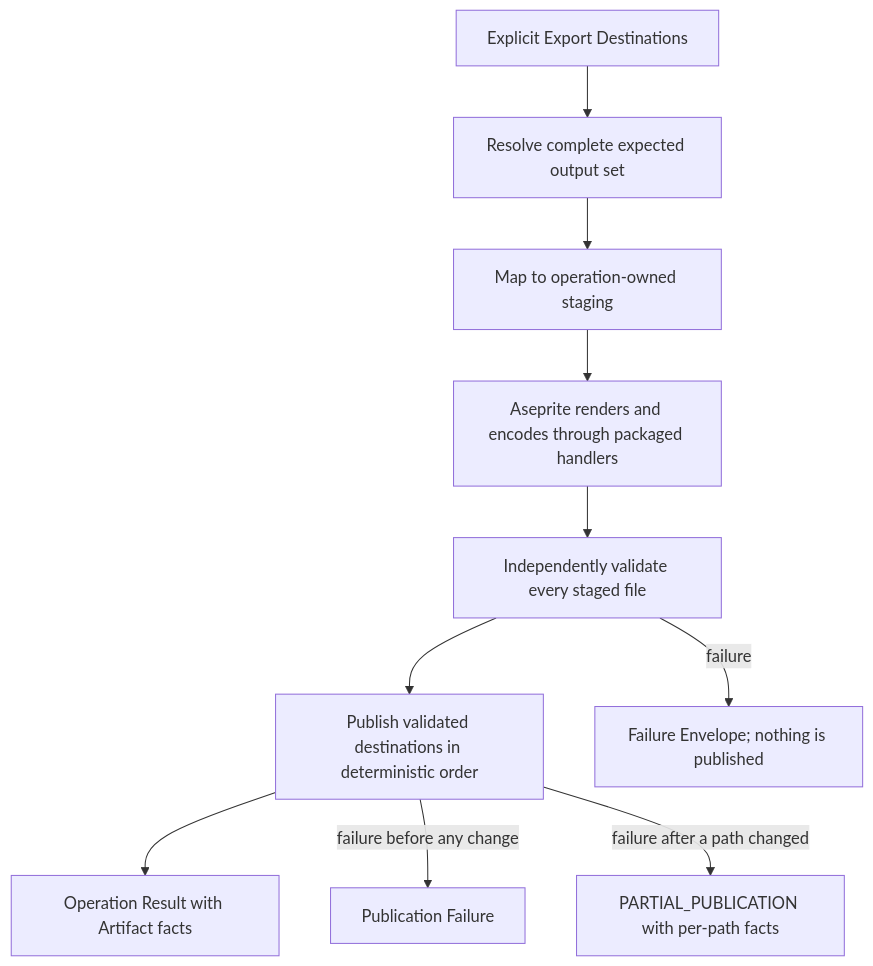
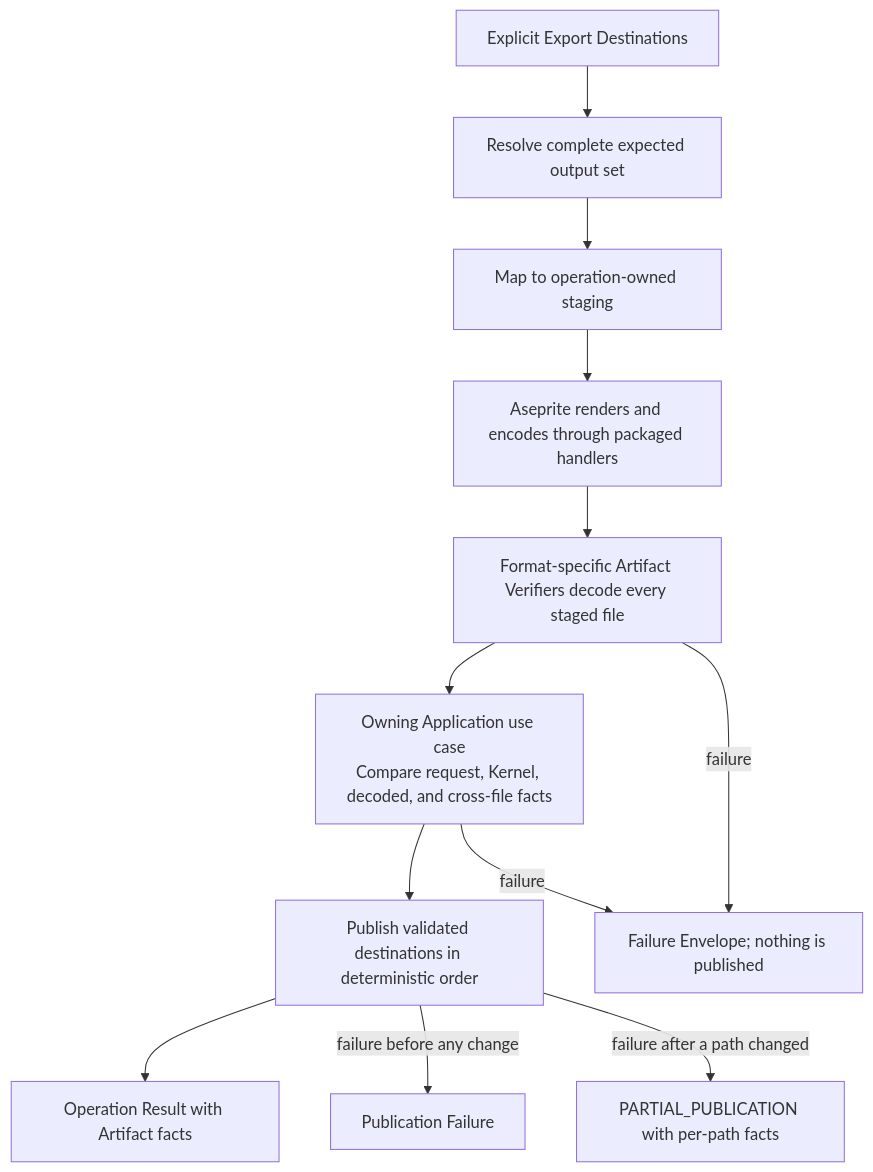
The seventh of 7 diagrams in ARCHITECTURE.md (aigengame/aseprite-automation), drawn with Mermaid before and after one commit. The commit also changed other lines of this file and 4 other files, not shown here.

Commit message:
docs(architecture): close review boundary gaps

````diff
--- a/ARCHITECTURE.md
+++ b/ARCHITECTURE.md
@@ -533,12 +531,14 @@
 ```mermaid
 flowchart TB
     Request[Explicit Export Destinations] --> Expand[Resolve complete expected output set]
     Expand --> Stage[Map to operation-owned staging]
     Stage --> Native[Aseprite renders and encodes through packaged handlers]
-    Native --> Verify[Independently validate every staged file]
-    Verify --> Publish[Publish validated destinations in deterministic order]
+    Native --> Decode[Format-specific Artifact Verifiers decode every staged file]
+    Decode --> Compare["Owning Application use case<br/>Compare request, Kernel, decoded, and cross-file facts"]
+    Compare --> Publish[Publish validated destinations in deterministic order]
     Publish --> Result[Operation Result with Artifact facts]
-    Verify -->|failure| VerifyFailure[Failure Envelope; nothing is published]
+    Decode -->|failure| VerifyFailure[Failure Envelope; nothing is published]
+    Compare -->|failure| VerifyFailure
     Publish -->|failure before any change| PublishFailure[Publication Failure]
     Publish -->|failure after a path changed| PartialFailure[PARTIAL_PUBLICATION with per-path facts]
 ```
````
